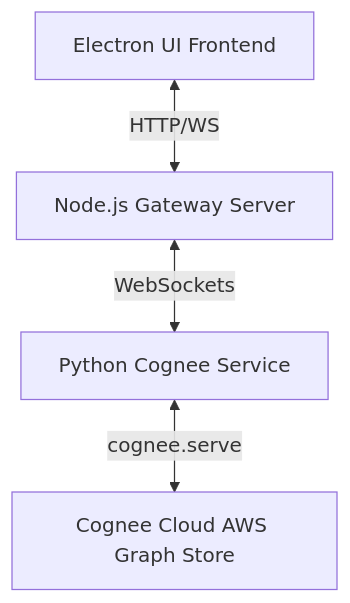
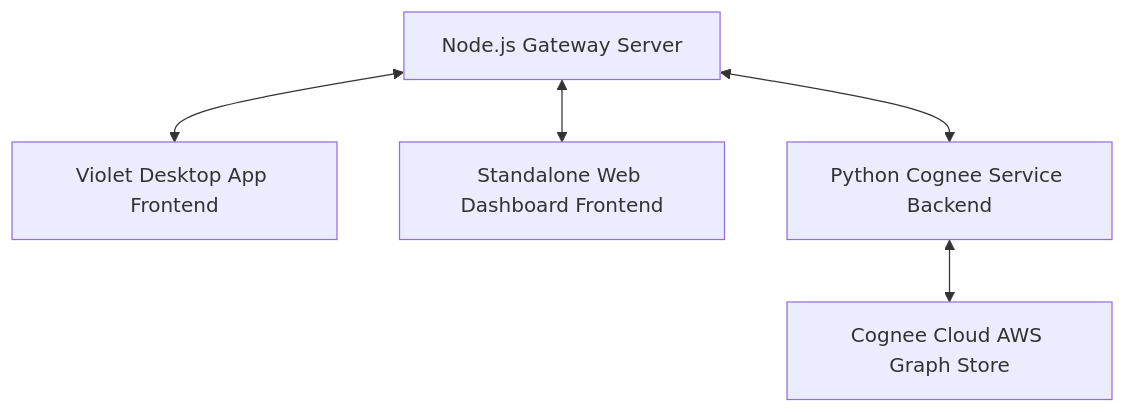
One commit to Kashcx-dev/-Violet-NEX- changed the diagram in README.md. Above: the diagram before and after it, drawn with Mermaid. The commit also changed other lines of this file, not shown here.

Commit message:
Refactor architecture diagram to tree layout and document web dashboard

````diff
--- a/README.md
+++ b/README.md
@@ -9,6 +11,7 @@
 ```mermaid
 graph TD
-    A[Electron UI Frontend] <-->|HTTP/WS| B[Node.js Gateway Server]
-    B <-->|WebSockets| C[Python Cognee Service]
-    C <-->|cognee.serve| D[Cognee Cloud AWS Graph Store]
+    B[Node.js Gateway Server] <--> A[Violet Desktop App Frontend]
+    B <--> E[Standalone Web Dashboard Frontend]
+    B <--> C[Python Cognee Service Backend]
+    C <--> D[Cognee Cloud AWS Graph Store]
 ```
````
